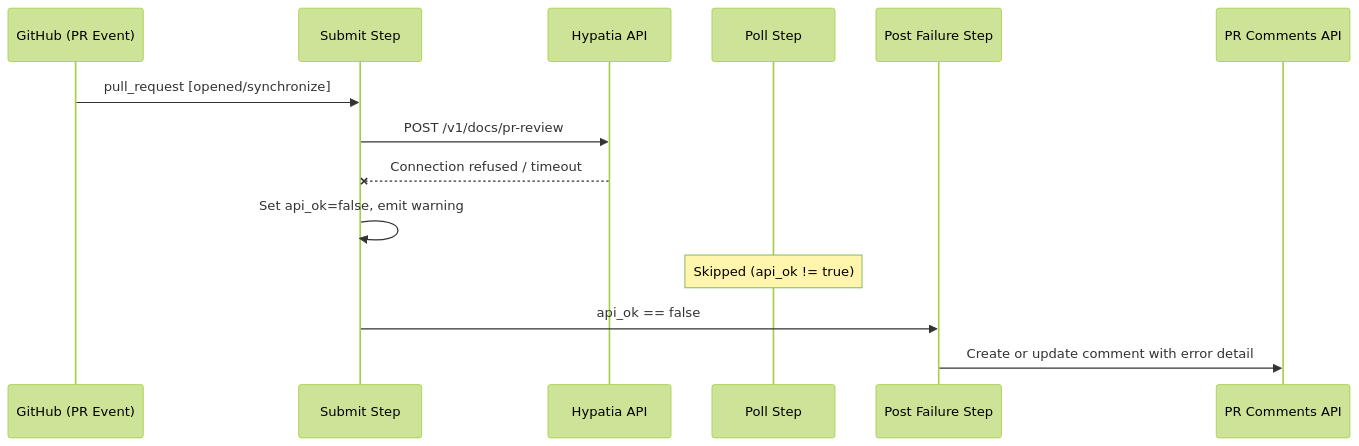
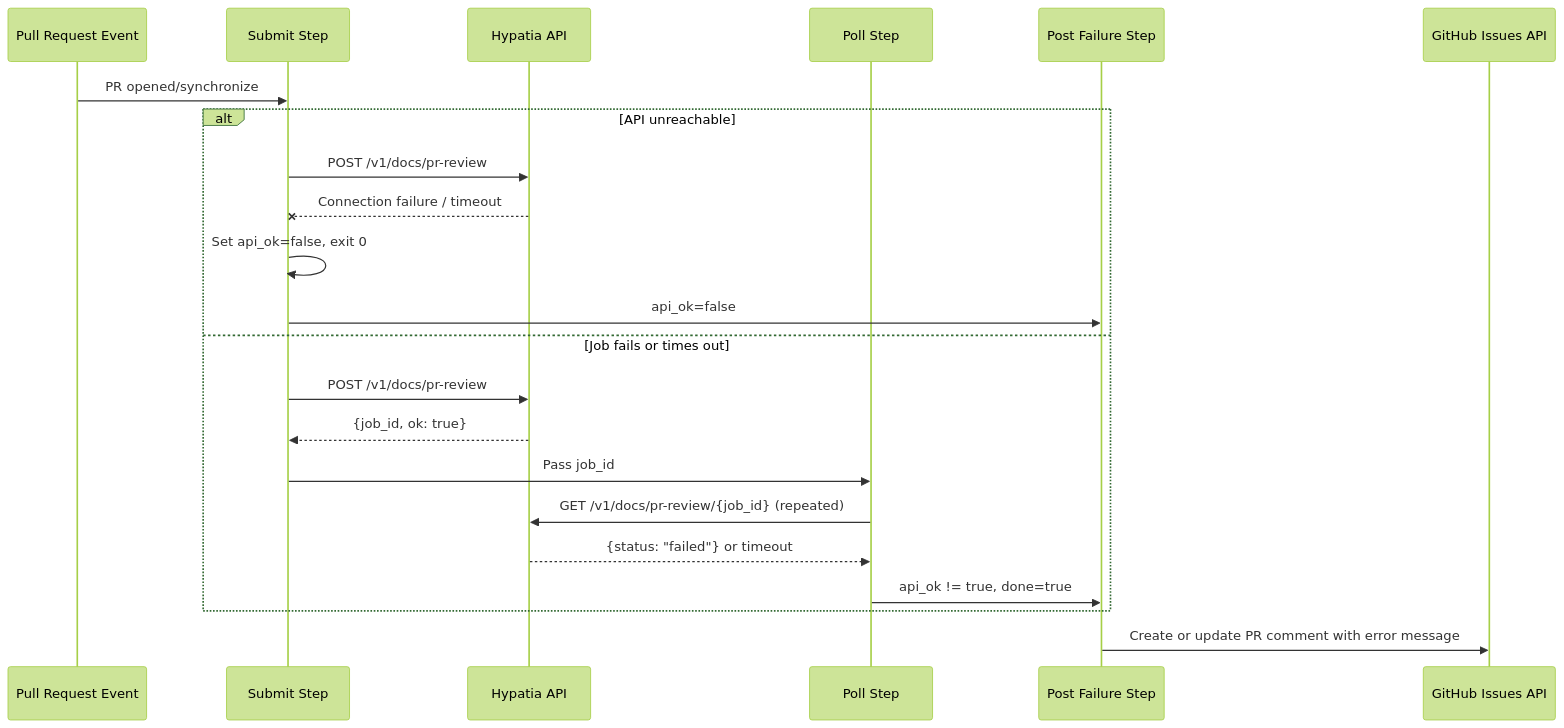
The third of 4 diagrams in docs/.github-workflows.md (cornelisnetworks/opa-psm2-tests), drawn with Mermaid (forest theme) before and after one commit. The commit also changed other lines of this file and 1 other file, not shown here.

````diff
--- a/docs/.github-workflows.md
+++ b/docs/.github-workflows.md
@@ -68,17 +70,25 @@
 ```mermaid
 sequenceDiagram
-    participant GH as GitHub (PR Event)
+    participant PR as Pull Request Event
     participant Submit as Submit Step
     participant Hypatia as Hypatia API
     participant Poll as Poll Step
-    participant Failure as Post Failure Step
-    participant PR as PR Comments API
+    participant Fail as Post Failure Step
+    participant GH as GitHub Issues API
 
-    GH->>Submit: pull_request [opened/synchronize]
-    Submit->>Hypatia: POST /v1/docs/pr-review
-    Hypatia--xSubmit: Connection refused / timeout
-    Submit->>Submit: Set api_ok=false, emit warning
-    Note over Poll: Skipped (api_ok != true)
-    Submit->>Failure: api_ok == false
-    Failure->>PR: Create or update comment with error detail
+    PR->>Submit: PR opened/synchronize
+    alt API unreachable
+        Submit->>Hypatia: POST /v1/docs/pr-review
+        Hypatia--xSubmit: Connection failure / timeout
+        Submit->>Submit: Set api_ok=false, exit 0
+        Submit->>Fail: api_ok=false
+    else Job fails or times out
+        Submit->>Hypatia: POST /v1/docs/pr-review
+        Hypatia-->>Submit: {job_id, ok: true}
+        Submit->>Poll: Pass job_id
+        Poll->>Hypatia: GET /v1/docs/pr-review/{job_id} (repeated)
+        Hypatia-->>Poll: {status: "failed"} or timeout
+        Poll->>Fail: api_ok != true, done=true
+    end
+    Fail->>GH: Create or update PR comment with error message
 ```
````
